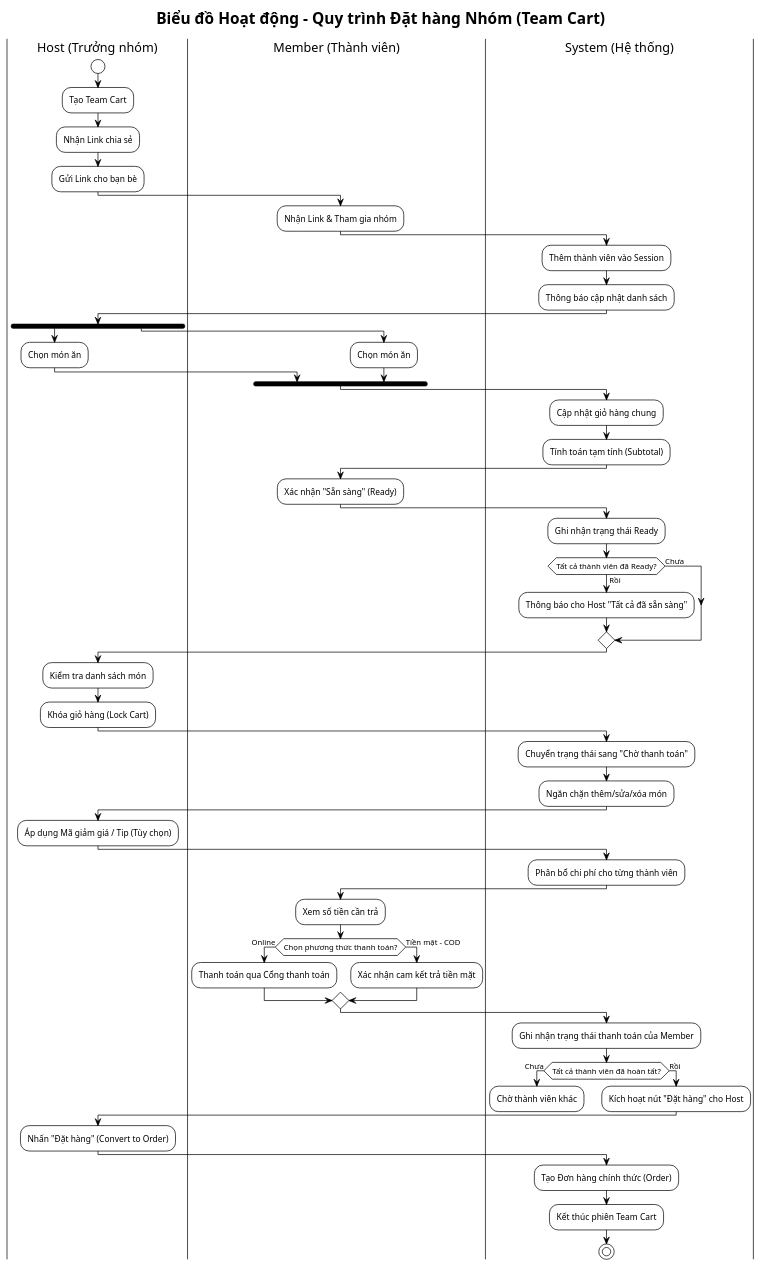
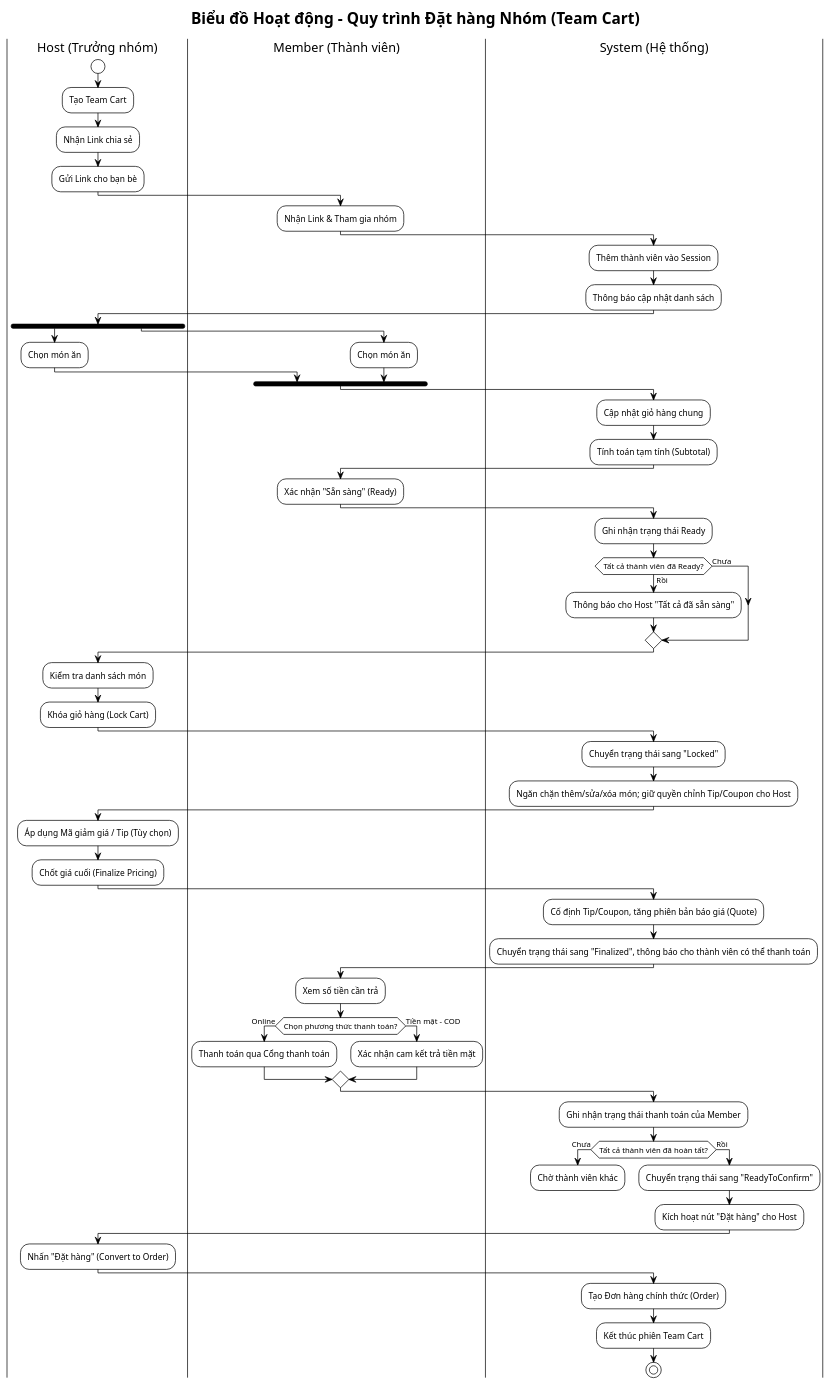
Before and after one commit to hoangvu1420/YummyZoom: the diagram in report/res/diagrams/activity_teamcart_process.puml, drawn with PlantUML. The commit also changed 32 other files, not shown here.

First line of the commit message:
Update project documentation and diagrams for YummyZoom system

```diff
--- a/report/res/diagrams/activity_teamcart_process.puml
+++ b/report/res/diagrams/activity_teamcart_process.puml
@@ -1,81 +1,84 @@
 @startuml TeamCart_Process_Activity_Diagram
 !theme plain
 
 title Biểu đồ Hoạt động - Quy trình Đặt hàng Nhóm (Team Cart)
 
 |Host (Trưởng nhóm)|
 start
 :Tạo Team Cart;
 :Nhận Link chia sẻ;
 :Gửi Link cho bạn bè;
 
 |Member (Thành viên)|
 :Nhận Link & Tham gia nhóm;
 
 |System (Hệ thống)|
 :Thêm thành viên vào Session;
 :Thông báo cập nhật danh sách;
 
 |Host (Trưởng nhóm)|
 fork
     :Chọn món ăn;
 fork again
     |Member (Thành viên)|
     :Chọn món ăn;
 end fork
 
 |System (Hệ thống)|
 :Cập nhật giỏ hàng chung;
 :Tính toán tạm tính (Subtotal);
 
 |Member (Thành viên)|
 :Xác nhận "Sẵn sàng" (Ready);
 
 |System (Hệ thống)|
 :Ghi nhận trạng thái Ready;
 if (Tất cả thành viên đã Ready?) then (Rồi)
     :Thông báo cho Host "Tất cả đã sẵn sàng";
 else (Chưa)
 endif
 
 |Host (Trưởng nhóm)|
 :Kiểm tra danh sách món;
 :Khóa giỏ hàng (Lock Cart);
 
 |System (Hệ thống)|
-:Chuyển trạng thái sang "Chờ thanh toán";
-:Ngăn chặn thêm/sửa/xóa món;
+:Chuyển trạng thái sang "Locked";
+:Ngăn chặn thêm/sửa/xóa món; giữ quyền chỉnh Tip/Coupon cho Host;
 
 |Host (Trưởng nhóm)|
 :Áp dụng Mã giảm giá / Tip (Tùy chọn);
+:Chốt giá cuối (Finalize Pricing);
 
 |System (Hệ thống)|
-:Phân bổ chi phí cho từng thành viên;
+:Cố định Tip/Coupon, tăng phiên bản báo giá (Quote);
+:Chuyển trạng thái sang "Finalized", thông báo cho thành viên có thể thanh toán;
 
 |Member (Thành viên)|
 :Xem số tiền cần trả;
 if (Chọn phương thức thanh toán?) then (Online)
     :Thanh toán qua Cổng thanh toán;
 else (Tiền mặt - COD)
     :Xác nhận cam kết trả tiền mặt;
 endif
 
 |System (Hệ thống)|
 :Ghi nhận trạng thái thanh toán của Member;
 if (Tất cả thành viên đã hoàn tất?) then (Chưa)
     :Chờ thành viên khác;
     detach
 else (Rồi)
+    :Chuyển trạng thái sang "ReadyToConfirm";
     :Kích hoạt nút "Đặt hàng" cho Host;
 endif
 
 |Host (Trưởng nhóm)|
 :Nhấn "Đặt hàng" (Convert to Order);
 
 |System (Hệ thống)|
 :Tạo Đơn hàng chính thức (Order);
 :Kết thúc phiên Team Cart;
 
 stop
 
 @enduml
```
